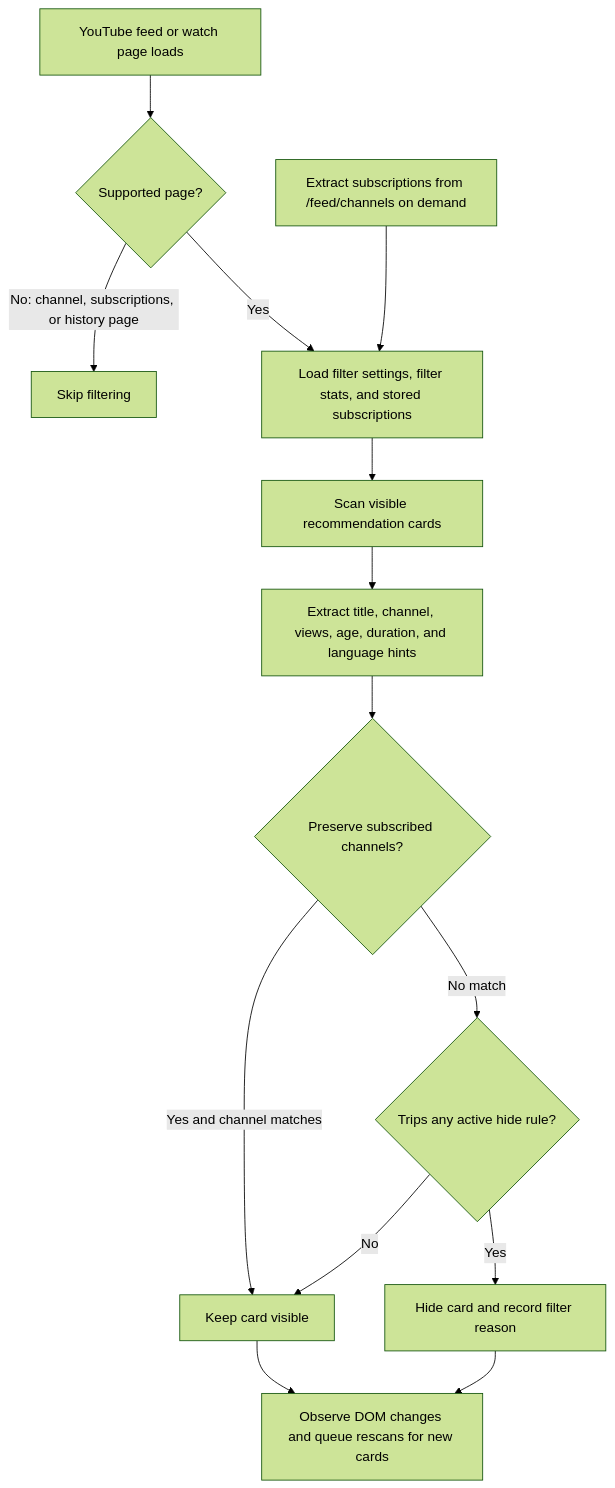
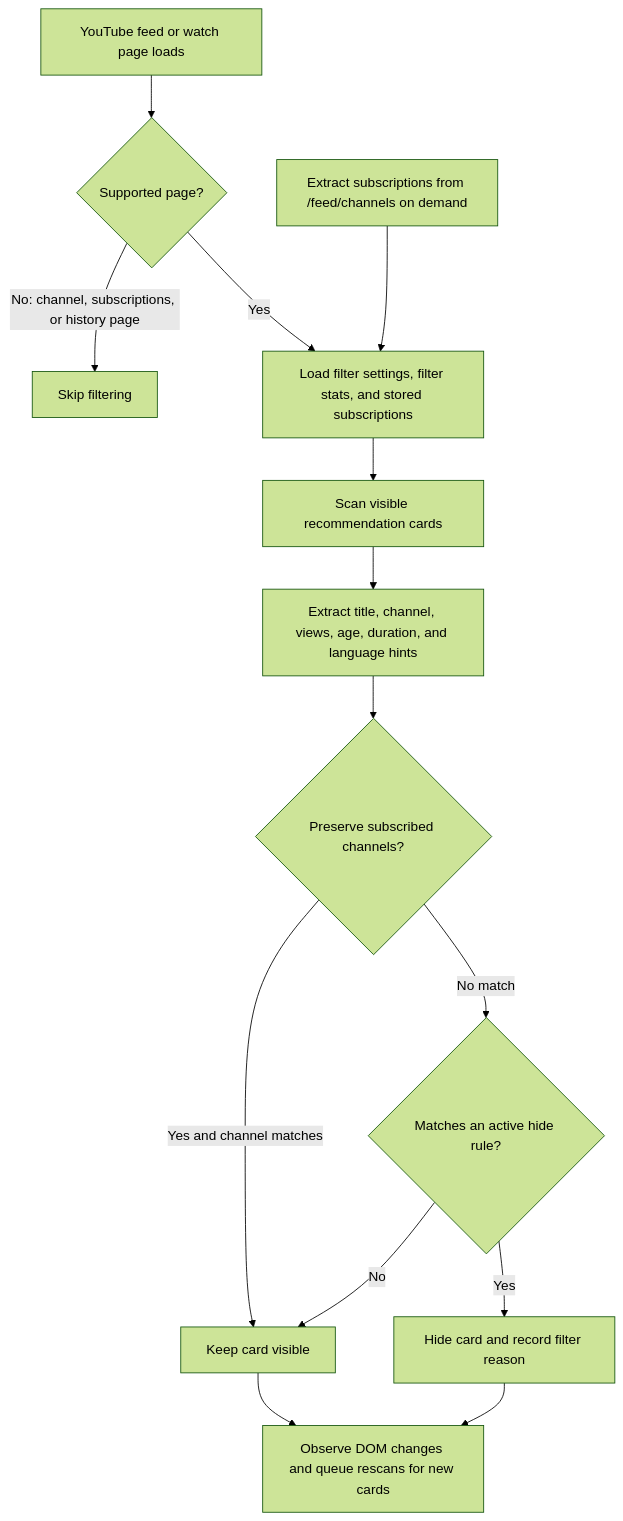
One commit to teron131/better-youtube changed the fourth of 4 diagrams in README.md. Above: the diagram before and after it, drawn with Mermaid (forest theme). The commit also changed other lines of this file, not shown here.

````diff
--- a/README.md
+++ b/README.md
@@ -146,19 +156,19 @@
 ```mermaid
 flowchart TD
     accTitle: Recommendation filtering flow
     accDescr: Shows how the content script filters recommendation cards using saved rules, subscription lookups, and rescan scheduling.
 
     LOAD["YouTube feed or watch page loads"] --> PAGE{"Supported page?"}
     PAGE -->|No: channel, subscriptions, or history page| SKIP["Skip filtering"]
     PAGE -->|Yes| READ["Load filter settings, filter stats, and stored subscriptions"]
     READ --> SCAN["Scan visible recommendation cards"]
     SCAN --> EXTRACT["Extract title, channel, views, age, duration, and language hints"]
     EXTRACT --> SUBS{"Preserve subscribed channels?"}
     SUBS -->|Yes and channel matches| SHOW["Keep card visible"]
-    SUBS -->|No match| RULES{"Trips any active hide rule?"}
+    SUBS -->|No match| RULES{"Matches an active hide rule?"}
     RULES -->|No| SHOW
     RULES -->|Yes| HIDE["Hide card and record filter reason"]
     SHOW --> RESCAN["Observe DOM changes and queue rescans for new cards"]
     HIDE --> RESCAN
     SUBLOAD["Extract subscriptions from /feed/channels on demand"] --> READ
 ```
````
